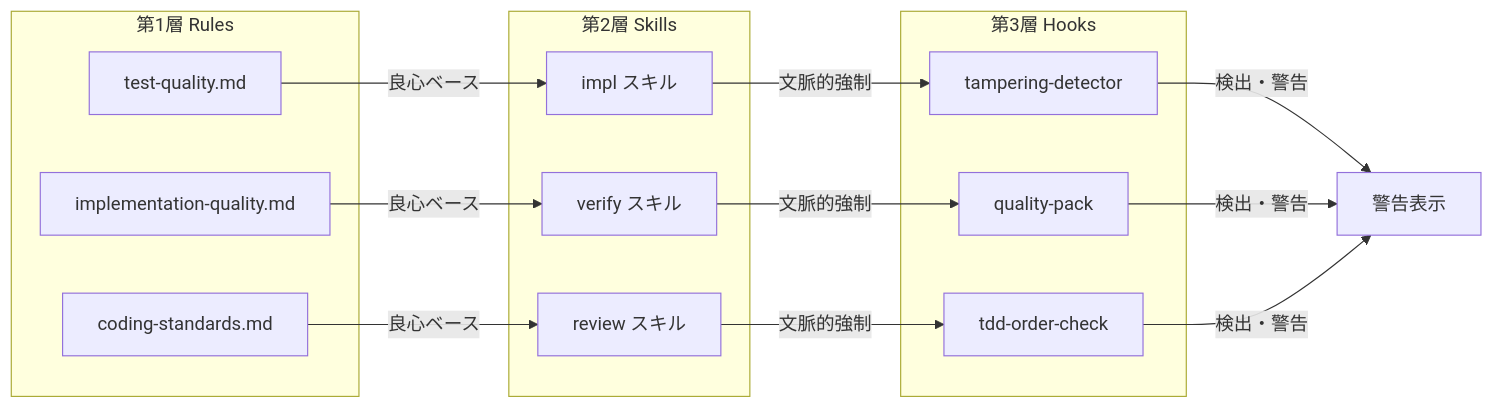
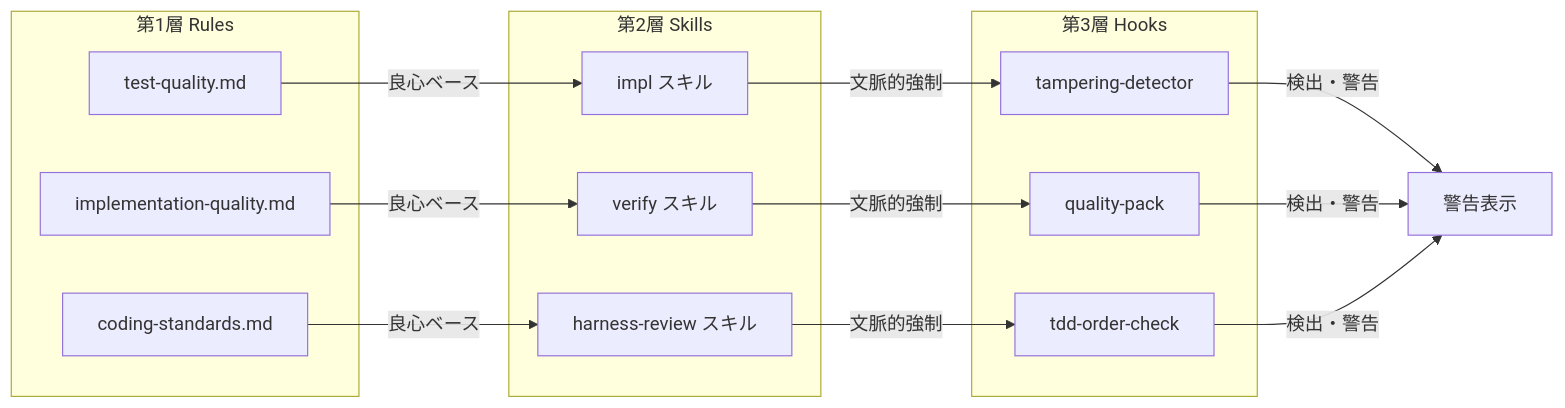
The second of 11 diagrams in docs/HARNESS_COMPLETE_MAP.md (tim-hub/powerball-harness), drawn with Mermaid before and after one commit. The commit also changed other lines of this file and 45 other files, not shown here.

````diff
--- a/docs/HARNESS_COMPLETE_MAP.md
+++ b/docs/HARNESS_COMPLETE_MAP.md
@@ -125,34 +125,34 @@
 ```mermaid
 flowchart LR
     subgraph RULES["第1層 Rules"]
         R1["test-quality.md"]
         R2["implementation-quality.md"]
         R3["coding-standards.md"]
     end
 
     subgraph SKILLS["第2層 Skills"]
         S1["impl スキル"]
         S2["verify スキル"]
-        S3["review スキル"]
+        S3["harness-review スキル"]
     end
 
     subgraph HOOKS["第3層 Hooks"]
         H1["tampering-detector"]
         H2["quality-pack"]
         H3["tdd-order-check"]
     end
 
     ALERT["警告表示"]
 
     R1 -->|良心ベース| S1
     R2 -->|良心ベース| S2
     R3 -->|良心ベース| S3
 
     S1 -->|文脈的強制| H1
     S2 -->|文脈的強制| H2
     S3 -->|文脈的強制| H3
 
     H1 -->|検出・警告| ALERT
     H2 -->|検出・警告| ALERT
     H3 -->|検出・警告| ALERT
 ```
````
